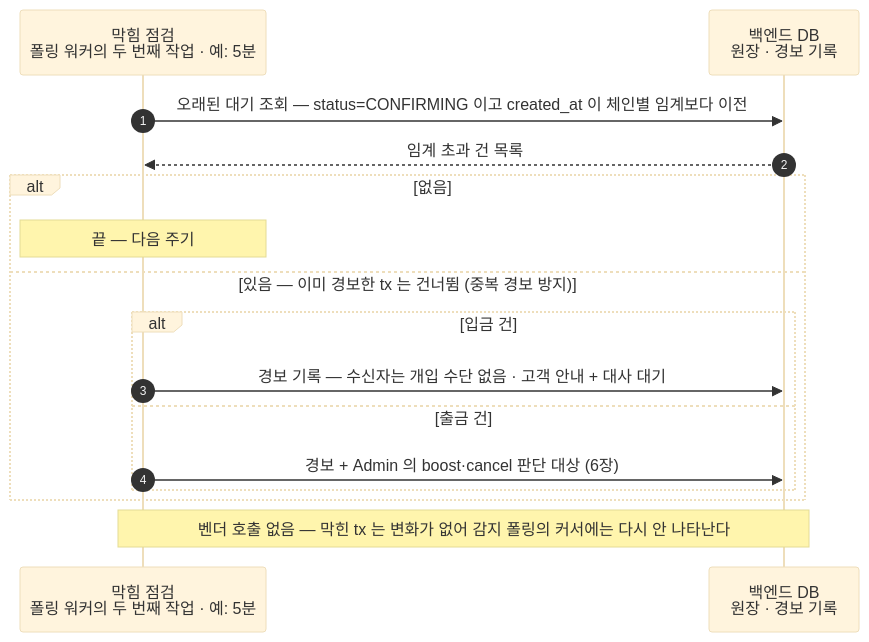
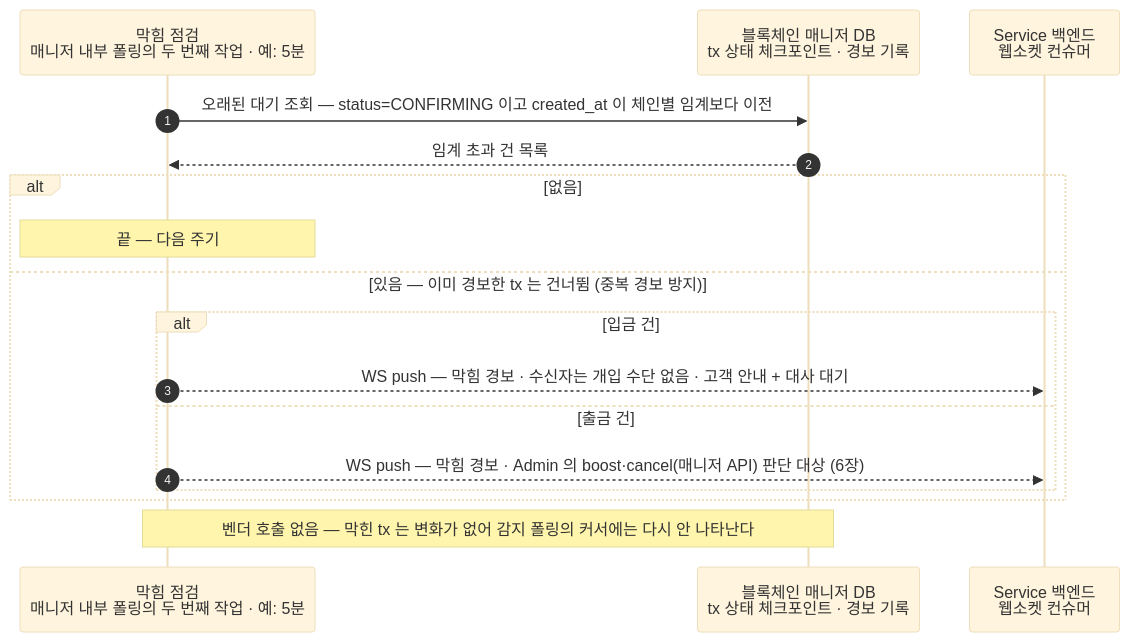
One commit to eunsujeo/eunpus changed the second of 2 diagrams in blockchain-manager/docs/설계/04-detect-confirm.md. Above: the diagram before and after it, drawn with Mermaid (base theme). The commit also changed other lines of this file and 10 other files, not shown here.

First line of the commit message:
칸반 문서: 아키텍처 경계 전면 전환 — 포트/어댑터 → 매니저 API + 웹소켓

````diff
--- a/blockchain-manager/docs/설계/04-detect-confirm.md
+++ b/blockchain-manager/docs/설계/04-detect-confirm.md
@@ -97,19 +97,20 @@
 ```mermaid
 sequenceDiagram
     autonumber
-    participant SW as 막힘 점검<br/>폴링 워커의 두 번째 작업 · 예: 5분
-    participant DB as 백엔드 DB<br/>원장 · 경보 기록
+    participant SW as 막힘 점검<br/>매니저 내부 폴링의 두 번째 작업 · 예: 5분
+    participant MDB as 블록체인 매니저 DB<br/>tx 상태 체크포인트 · 경보 기록
+    participant BE as Service 백엔드<br/>웹소켓 컨슈머
 
-    SW->>DB: 오래된 대기 조회 — status=CONFIRMING 이고 created_at 이 체인별 임계보다 이전
-    DB-->>SW: 임계 초과 건 목록
+    SW->>MDB: 오래된 대기 조회 — status=CONFIRMING 이고 created_at 이 체인별 임계보다 이전
+    MDB-->>SW: 임계 초과 건 목록
     alt 없음
         Note over SW: 끝 — 다음 주기
     else 있음 — 이미 경보한 tx 는 건너뜀 (중복 경보 방지)
         alt 입금 건
-            SW->>DB: 경보 기록 — 수신자는 개입 수단 없음 · 고객 안내 + 대사 대기
+            SW-->>BE: WS push — 막힘 경보 · 수신자는 개입 수단 없음 · 고객 안내 + 대사 대기
         else 출금 건
-            SW->>DB: 경보 + Admin 의 boost·cancel 판단 대상 (6장)
+            SW-->>BE: WS push — 막힘 경보 · Admin 의 boost·cancel(매니저 API) 판단 대상 (6장)
         end
     end
-    Note over SW,DB: 벤더 호출 없음 — 막힌 tx 는 변화가 없어 감지 폴링의 커서에는 다시 안 나타난다
+    Note over SW,MDB: 벤더 호출 없음 — 막힌 tx 는 변화가 없어 감지 폴링의 커서에는 다시 안 나타난다
 ```
````
